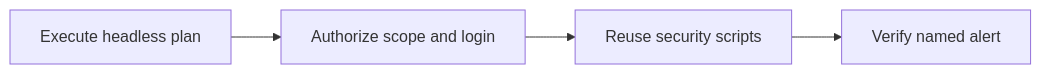
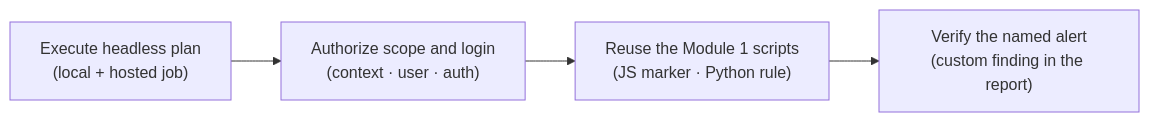
Before and after one commit to rupeshtiwari/pluralsight-script-development-with-zap: the diagram in demos/module2-demos/m2-demo1-authenticated-zap-github-actions/README.md, drawn with Mermaid. The commit also changed other lines of this file and 5 other files, not shown here.

````diff
--- a/demos/module2-demos/m2-demo1-authenticated-zap-github-actions/README.md
+++ b/demos/module2-demos/m2-demo1-authenticated-zap-github-actions/README.md
@@ -39,10 +39,8 @@
 ```mermaid
 flowchart LR
-  S1["Execute headless plan"]
-  S2["Authorize scope and login"]
-  S3["Reuse security scripts"]
-  S4["Verify named alert"]
-  S1 --> S2
-  S2 --> S3
-  S3 --> S4
+  S1["Execute headless plan<br/>(local + hosted job)"]
+  S2["Authorize scope and login<br/>(context · user · auth)"]
+  S3["Reuse the Module 1 scripts<br/>(JS marker · Python rule)"]
+  S4["Verify the named alert<br/>(custom finding in the report)"]
+  S1 --> S2 --> S3 --> S4
 ```
````
